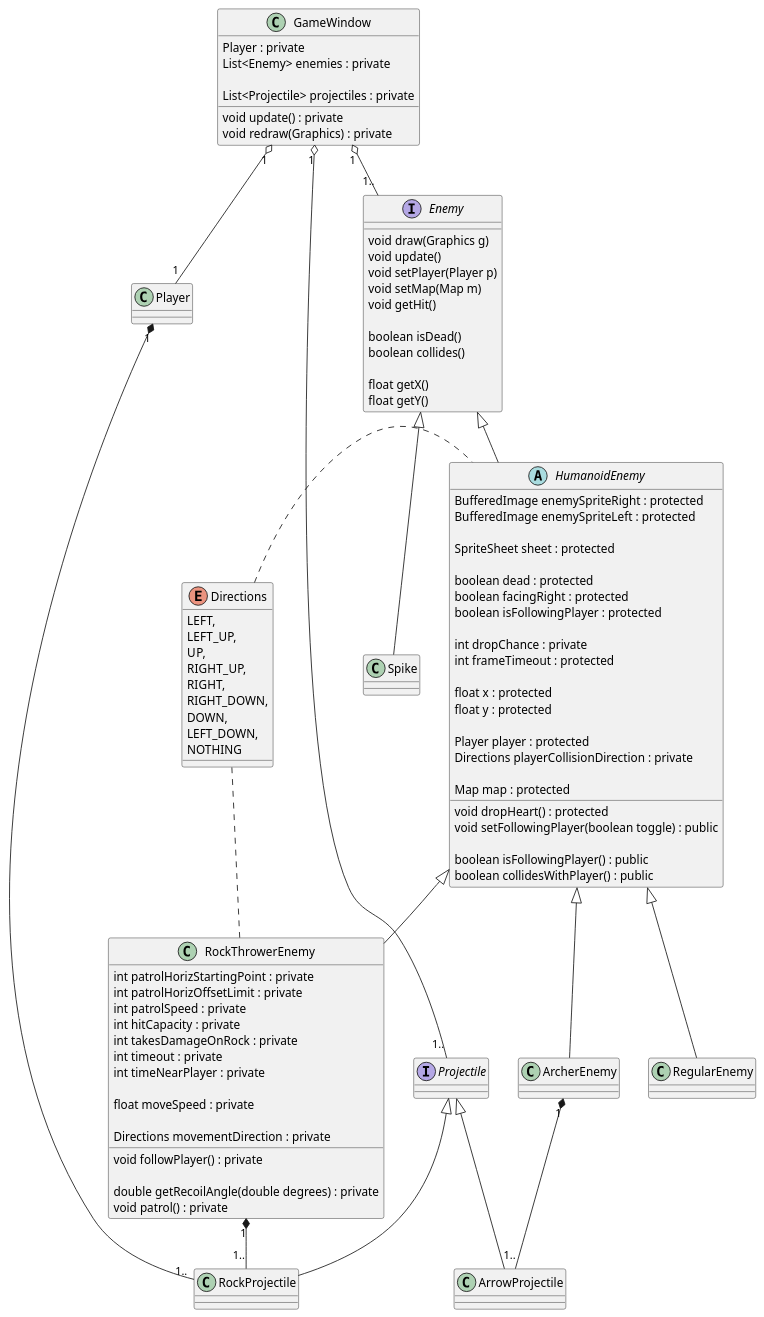
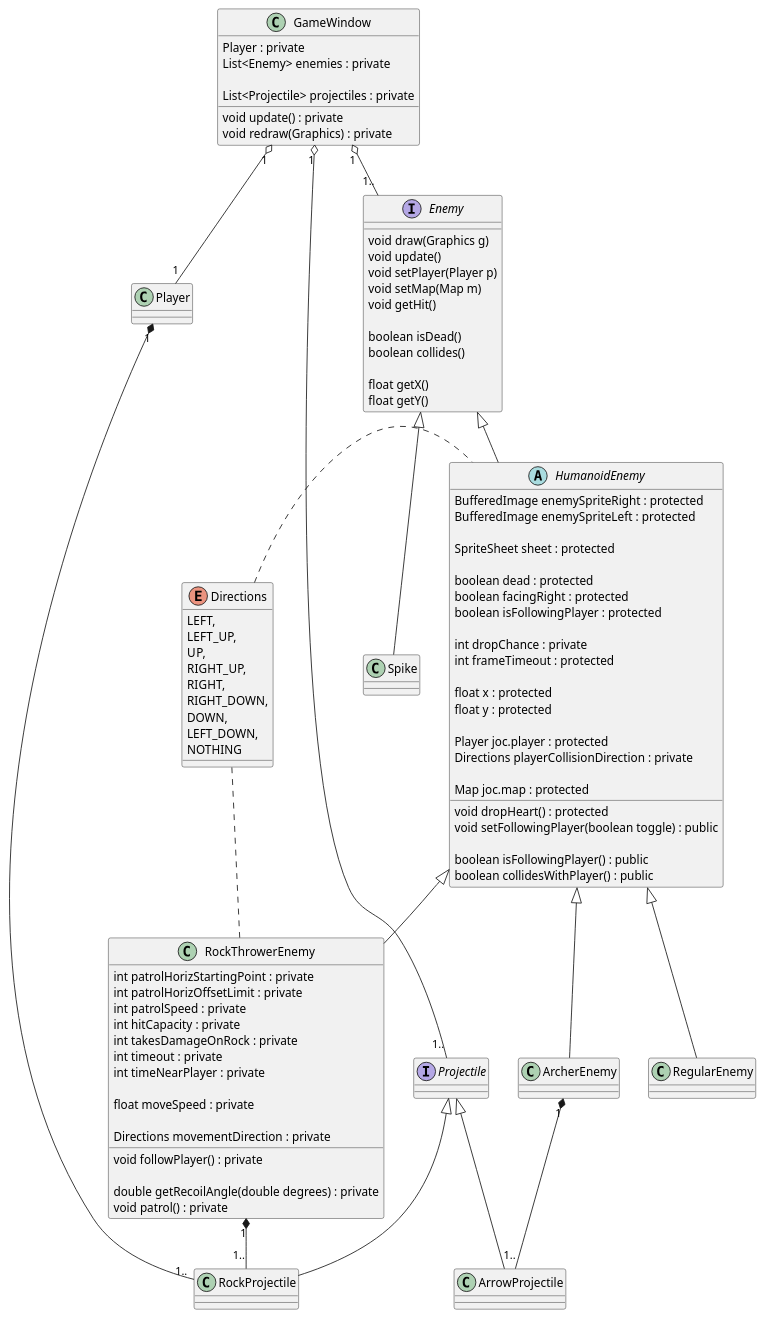
One commit to LoghinVladDev/gameEx changed the diagram in exempluGrafica/src/main/resources/classDiagrams/classes.puml. Above: the diagram before and after it, drawn with PlantUML. The commit also changed 109 other files, not shown here.

```diff
--- a/exempluGrafica/src/main/resources/classDiagrams/classes.puml
+++ b/exempluGrafica/src/main/resources/classDiagrams/classes.puml
@@ -1,136 +1,136 @@
 @startuml
 
 class GameWindow{
     Player : private
     List<Enemy> enemies : private
 
     List<Projectile> projectiles : private
 
     void update() : private
     void redraw(Graphics) : private
 }
 
 class Player{
 
 }
 
 class RockProjectile{
 
 }
 
 class ArrowProjectile{
 
 }
 
 interface Projectile{
 
 }
 
 interface Enemy{
     void draw(Graphics g)
     void update()
     void setPlayer(Player p)
     void setMap(Map m)
     void getHit()
 
     boolean isDead()
     boolean collides()
 
     float getX()
     float getY()
 }
 
 class Spike{
 
 }
 
 enum Directions{
     LEFT,
     LEFT_UP,
     UP,
     RIGHT_UP,
     RIGHT,
     RIGHT_DOWN,
     DOWN,
     LEFT_DOWN,
     NOTHING
 }
 
 abstract class HumanoidEnemy{
     BufferedImage enemySpriteRight : protected
     BufferedImage enemySpriteLeft : protected
 
     SpriteSheet sheet : protected
 
     boolean dead : protected
     boolean facingRight : protected
     boolean isFollowingPlayer : protected
 
     int dropChance : private
     int frameTimeout : protected
 
     float x : protected
     float y : protected
 
-    Player player : protected
+    Player joc.player : protected
     Directions playerCollisionDirection : private
 
-    Map map : protected
+    Map joc.map : protected
 
     void dropHeart() : protected
     void setFollowingPlayer(boolean toggle) : public
 
     boolean isFollowingPlayer() : public
     boolean collidesWithPlayer() : public
 }
 
 class RegularEnemy{
 
 }
 
 class ArcherEnemy{
 
 }
 
 class RockThrowerEnemy{
     int patrolHorizStartingPoint : private
     int patrolHorizOffsetLimit : private
     int patrolSpeed : private
     int hitCapacity : private
     int takesDamageOnRock : private
     int timeout : private
     int timeNearPlayer : private
 
     float moveSpeed : private
 
     Directions movementDirection : private
 
     void followPlayer() : private
 
     double getRecoilAngle(double degrees) : private
     void patrol() : private
 }
 
 Projectile ^-- ArrowProjectile
 Projectile ^-- RockProjectile
 
 HumanoidEnemy ^-- RegularEnemy
 HumanoidEnemy ^-- ArcherEnemy
 HumanoidEnemy ^-- RockThrowerEnemy
 
 Enemy ^-- Spike
 Enemy ^-- HumanoidEnemy
 
 GameWindow "1" o-- "1" Player
 GameWindow "1" o-- "1.." Enemy
 
 Directions . RockThrowerEnemy
 Directions . HumanoidEnemy
 
 Player "1" *-- "1.." RockProjectile
 ArcherEnemy "1" *-- "1.." ArrowProjectile
 RockThrowerEnemy "1" *-- "1.." RockProjectile
 
 GameWindow "1" o-- "1.." Projectile
 
 @enduml
```
